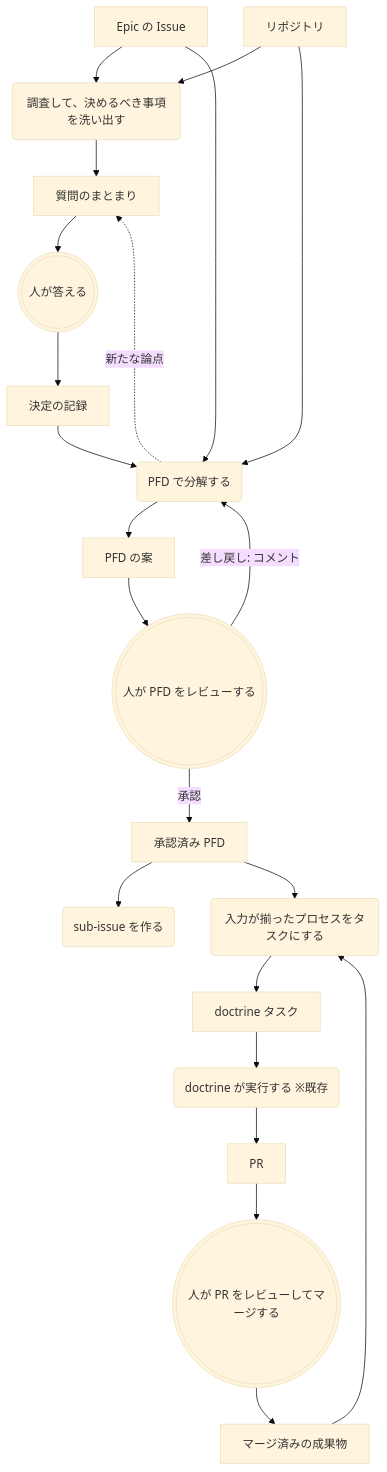
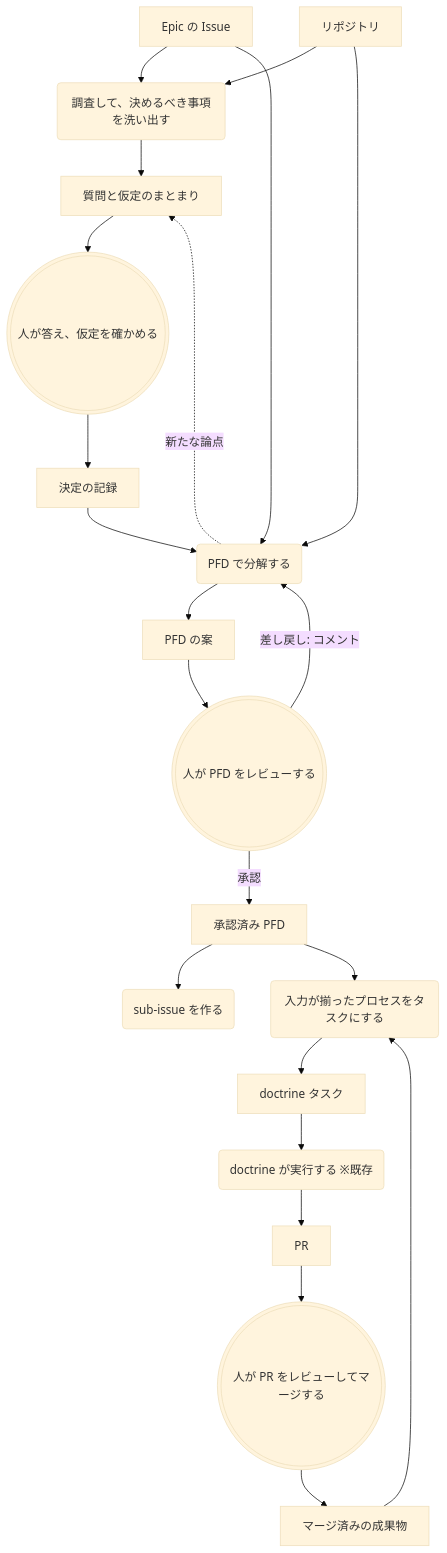
The first of 2 diagrams in docs/prd/intake.md (todokr/doctrine), drawn with Mermaid (base theme) before and after one commit. The commit also changed other lines of this file and 2 other files, not shown here.

````diff
--- a/docs/prd/intake.md
+++ b/docs/prd/intake.md
@@ -121,24 +147,24 @@
 ```mermaid
 flowchart TD
   issue[Epic の Issue] --> p1(調査して、決めるべき事項を洗い出す)
   repo[リポジトリ] --> p1
-  p1 --> q[質問のまとまり]
-  q --> p2(((人が答える)))
+  p1 --> q[質問と仮定のまとまり]
+  q --> p2(((人が答え、仮定を確かめる)))
   p2 --> d[決定の記録]
   d --> p3(PFD で分解する)
   issue --> p3
   repo --> p3
   p3 --> draft[PFD の案]
   draft --> p4(((人が PFD をレビューする)))
   p4 -- 差し戻し: コメント --> p3
   p3 -. 新たな論点 .-> q
   p4 -- 承認 --> approved[承認済み PFD]
   approved --> p5(sub-issue を作る)
   approved --> p6(入力が揃ったプロセスをタスクにする)
   merged[マージ済みの成果物] --> p6
   p6 --> task[doctrine タスク]
   task --> p7(doctrine が実行する ※既存)
   p7 --> pr[PR]
   pr --> p8(((人が PR をレビューしてマージする)))
   p8 --> merged
 ```
````
